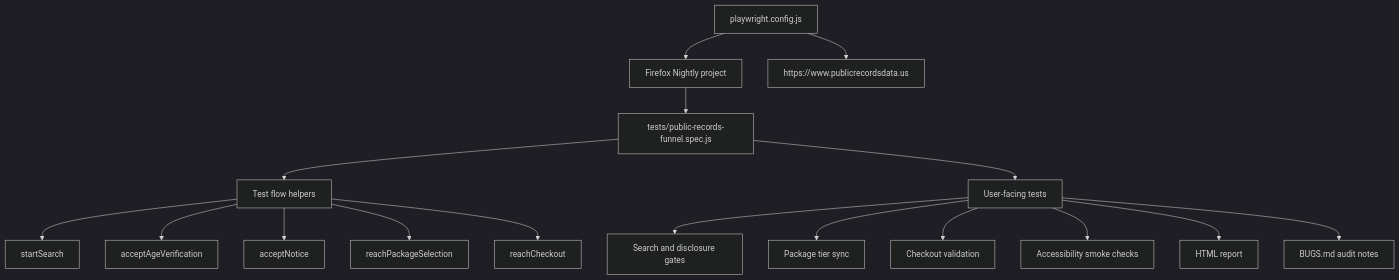
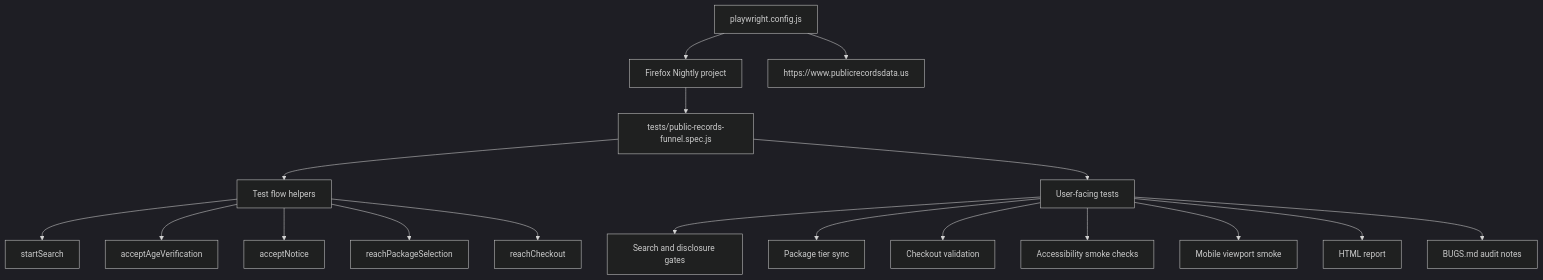
The diagram in README.md (veppex-cpu/Test), drawn with Mermaid (dark theme) before and after one commit. The commit also changed other lines of this file and 1 other file, not shown here.

````diff
--- a/README.md
+++ b/README.md
@@ -79,22 +167,23 @@
 ```mermaid
 flowchart TD
   Config[playwright.config.js] --> Project[Firefox Nightly project]
   Project --> Suite[tests/public-records-funnel.spec.js]
 
   Suite --> Helpers[Test flow helpers]
   Helpers --> Start[startSearch]
   Helpers --> Age[acceptAgeVerification]
   Helpers --> Notice[acceptNotice]
   Helpers --> Package[reachPackageSelection]
   Helpers --> Checkout[reachCheckout]
 
   Suite --> Tests[User-facing tests]
   Tests --> Search[Search and disclosure gates]
   Tests --> Tiers[Package tier sync]
   Tests --> Validation[Checkout validation]
   Tests --> A11y[Accessibility smoke checks]
+  Tests --> Responsive[Mobile viewport smoke]
 
   Config --> BaseURL[https://www.publicrecordsdata.us]
   Tests --> Report[HTML report]
   Tests --> Notes[BUGS.md audit notes]
 ```
````
